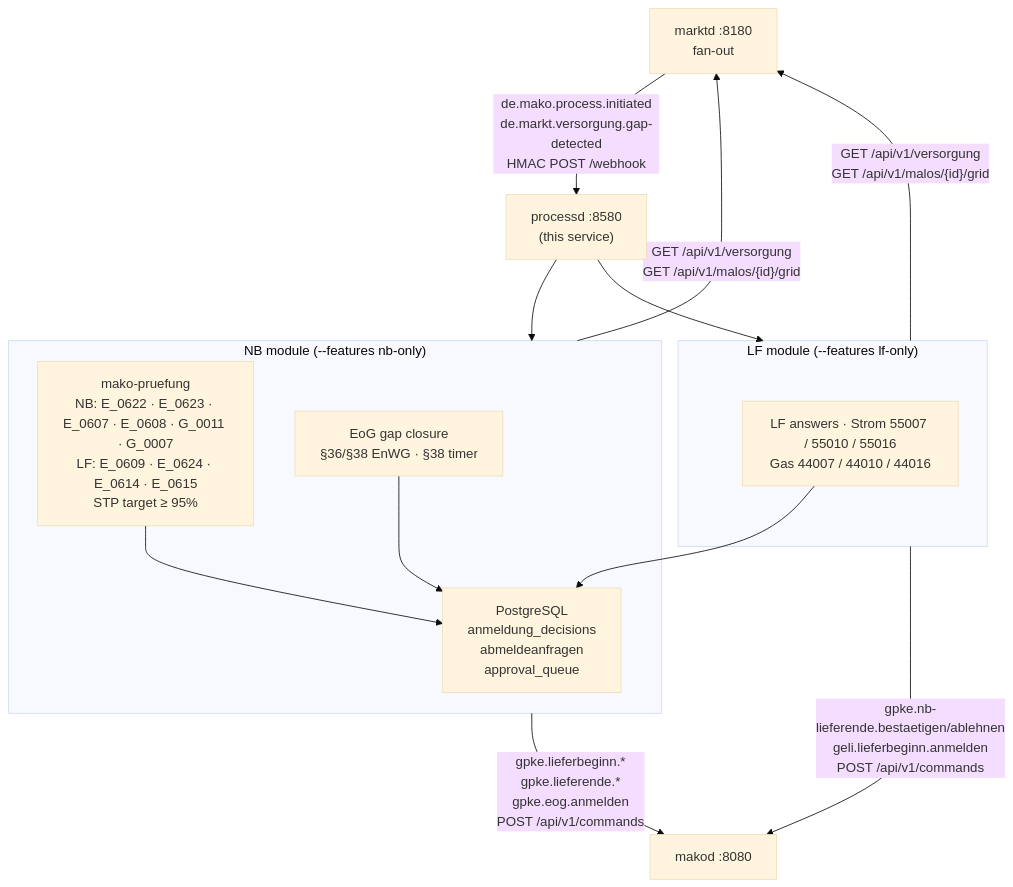
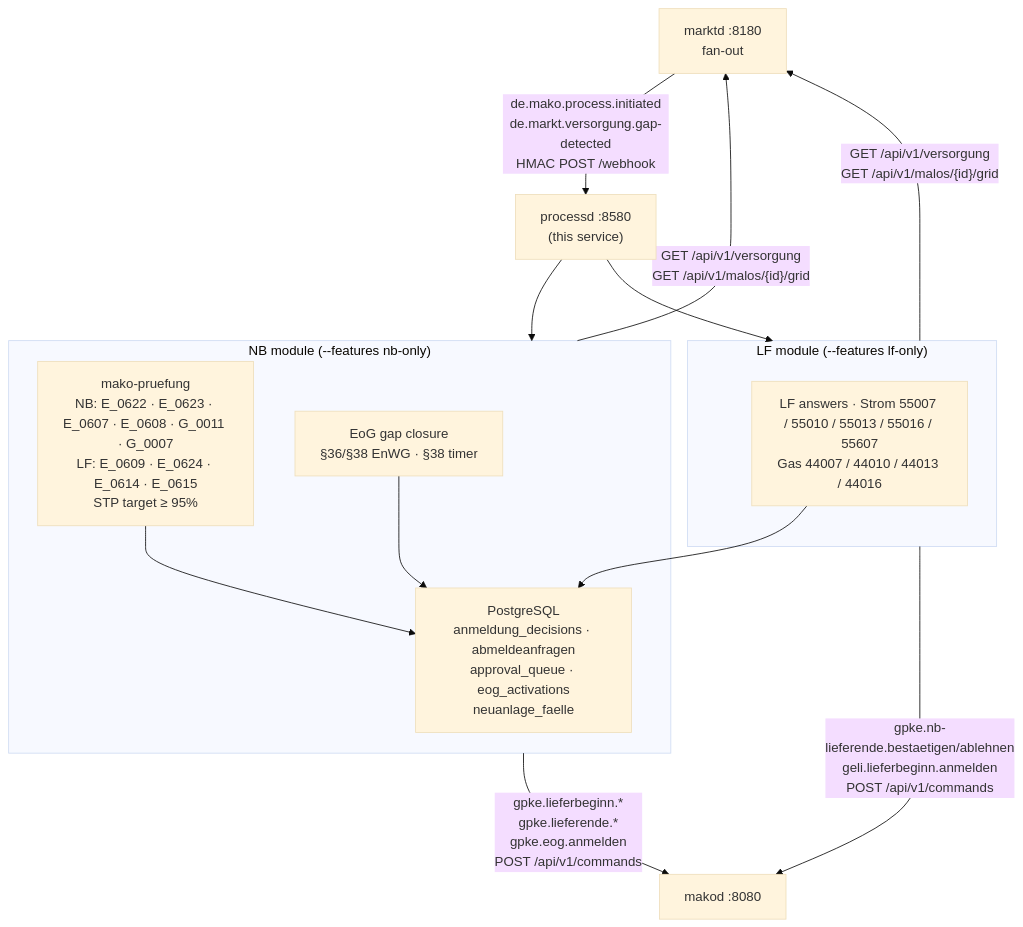
Before and after one commit to hupe1980/mako: the first of 2 diagrams in site/content/docs/services/processd.md, drawn with Mermaid (base theme). The commit also changed other lines of this file and 490 other files, not shown here.

````diff
--- a/site/content/docs/services/processd.md
+++ b/site/content/docs/services/processd.md
@@ -13,27 +30,27 @@
 ```mermaid
 graph TB
     marktd["marktd :8180<br/>fan-out"]
     processd["processd :8580<br/>(this service)"]
     makod["makod :8080"]
-    pg["PostgreSQL<br/>anmeldung_decisions<br/>abmeldeanfragen<br/>approval_queue"]
+    pg["PostgreSQL<br/>anmeldung_decisions · abmeldeanfragen<br/>approval_queue · eog_activations<br/>neuanlage_faelle"]
 
     marktd -->|"de.mako.process.initiated<br/>de.markt.versorgung.gap-detected<br/>HMAC POST /webhook"| processd
 
     subgraph NB ["NB module (--features nb-only)"]
         NC["mako-pruefung<br/>NB: E_0622 · E_0623 · E_0607 · E_0608 · G_0011 · G_0007<br/>LF: E_0609 · E_0624 · E_0614 · E_0615<br/>STP target ≥ 95%"]
         EOG["EoG gap closure<br/>§36/§38 EnWG · §38 timer"]
         NC --> pg
         EOG --> pg
     end
 
     subgraph LF ["LF module (--features lf-only)"]
-        LFA["LF answers · Strom 55007 / 55010 / 55016<br/>Gas 44007 / 44010 / 44016"]
+        LFA["LF answers · Strom 55007 / 55010 / 55013 / 55016 / 55607<br/>Gas 44007 / 44010 / 44013 / 44016"]
         LFA --> pg
     end
 
     processd --> NB
     processd --> LF
     NB -->|"gpke.lieferbeginn.*<br/>gpke.lieferende.*<br/>gpke.eog.anmelden<br/>POST /api/v1/commands"| makod
     LF -->|"gpke.nb-lieferende.bestaetigen/ablehnen<br/>geli.lieferbeginn.anmelden<br/>POST /api/v1/commands"| makod
     NB & LF -->|"GET /api/v1/versorgung<br/>GET /api/v1/malos/{id}/grid"| marktd
 ```
````
